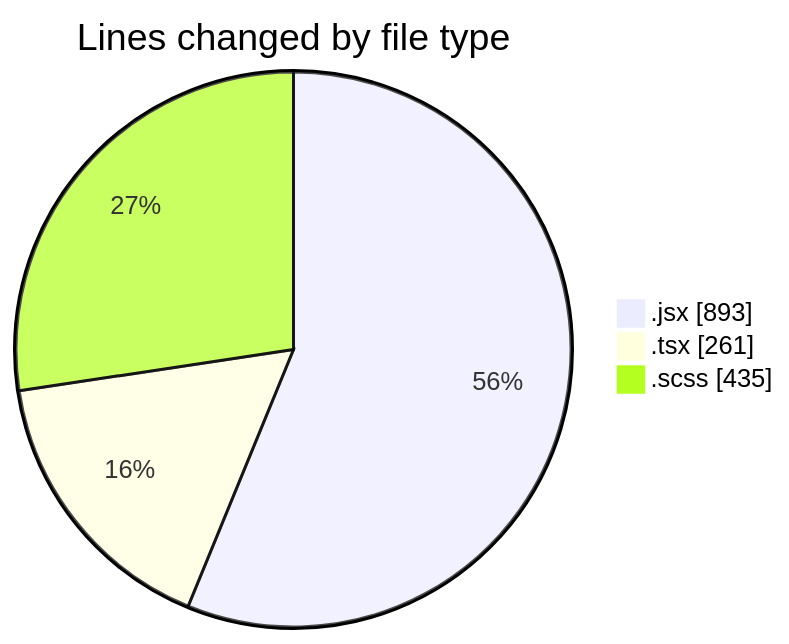
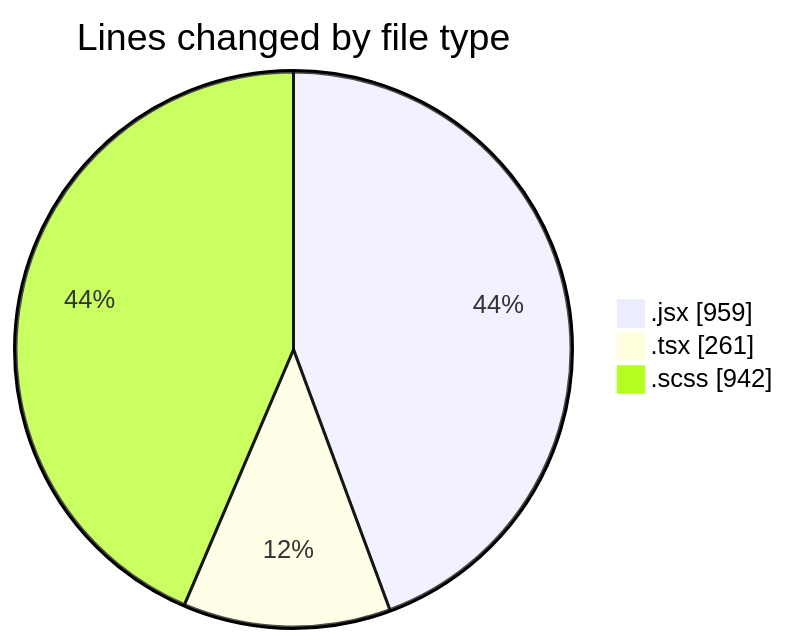
One commit to momahboobian/code-tracking changed the first of 2 diagrams in 2026-02-11/cda/README.md. Above: the diagram before and after it, drawn with Mermaid. The commit also changed other lines of this file and 1 other file, not shown here.

````diff
--- a/2026-02-11/cda/README.md
+++ b/2026-02-11/cda/README.md
@@ -26,7 +27,7 @@
 ```mermaid
 pie showData
 title Lines changed by file type
-".jsx" : 893
+".jsx" : 959
 ".tsx" : 261
-".scss" : 435
+".scss" : 942
 ```
````
